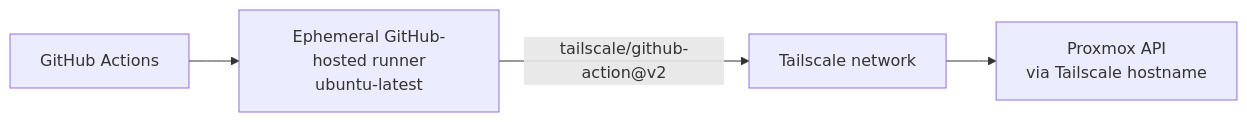
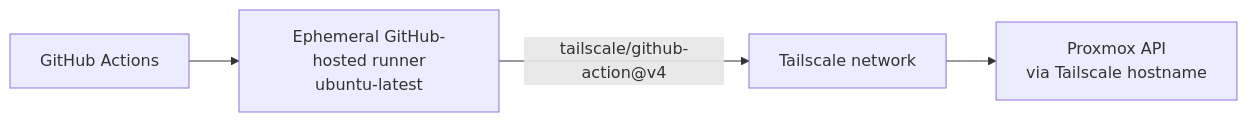
The diagram in docs/gitops/02-secure-runner.md (megamp15/AUTOLAB), drawn with Mermaid before and after one commit. The commit also changed other lines of this file and 38 other files, not shown here.

````diff
--- a/docs/gitops/02-secure-runner.md
+++ b/docs/gitops/02-secure-runner.md
@@ -15,6 +15,6 @@
 ```mermaid
 flowchart LR
   GH[GitHub Actions] --> R[Ephemeral GitHub-hosted runner\nubuntu-latest]
-  R -- tailscale/github-action@v2 --> TS[Tailscale network]
+  R -- tailscale/github-action@v4 --> TS[Tailscale network]
   TS --> PVE[Proxmox API\nvia Tailscale hostname]
 ```
````
